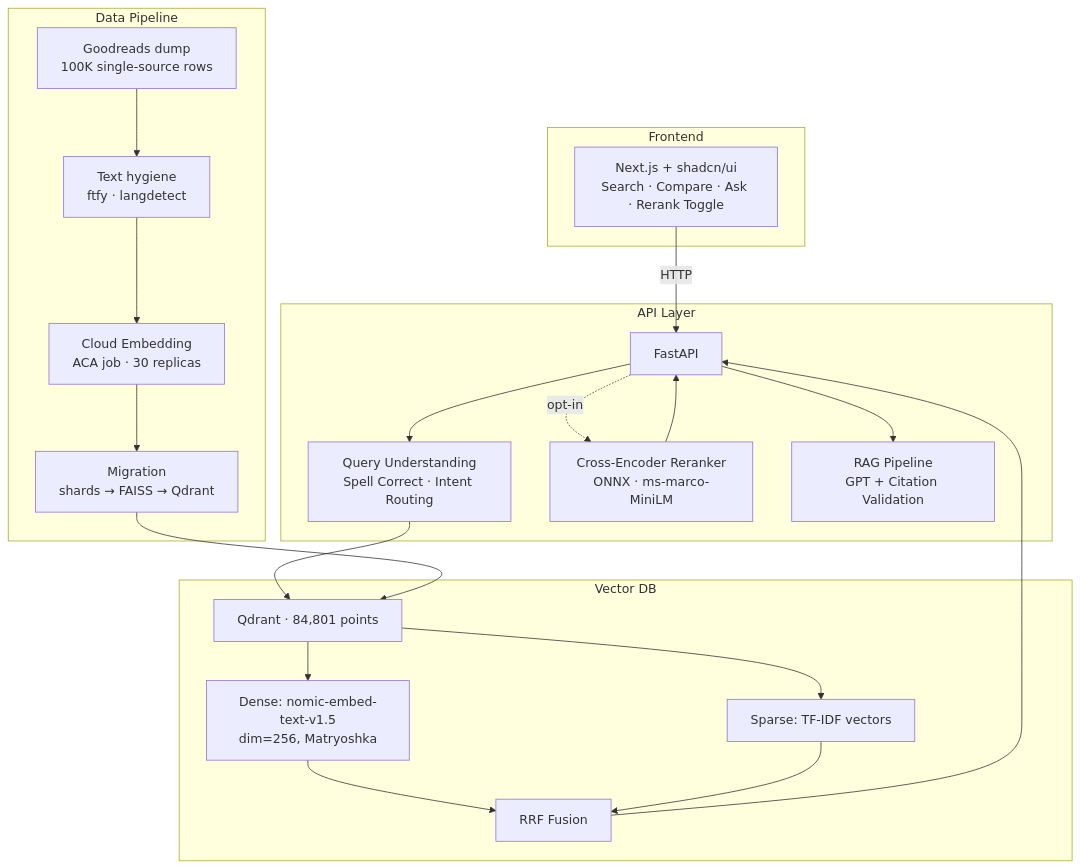
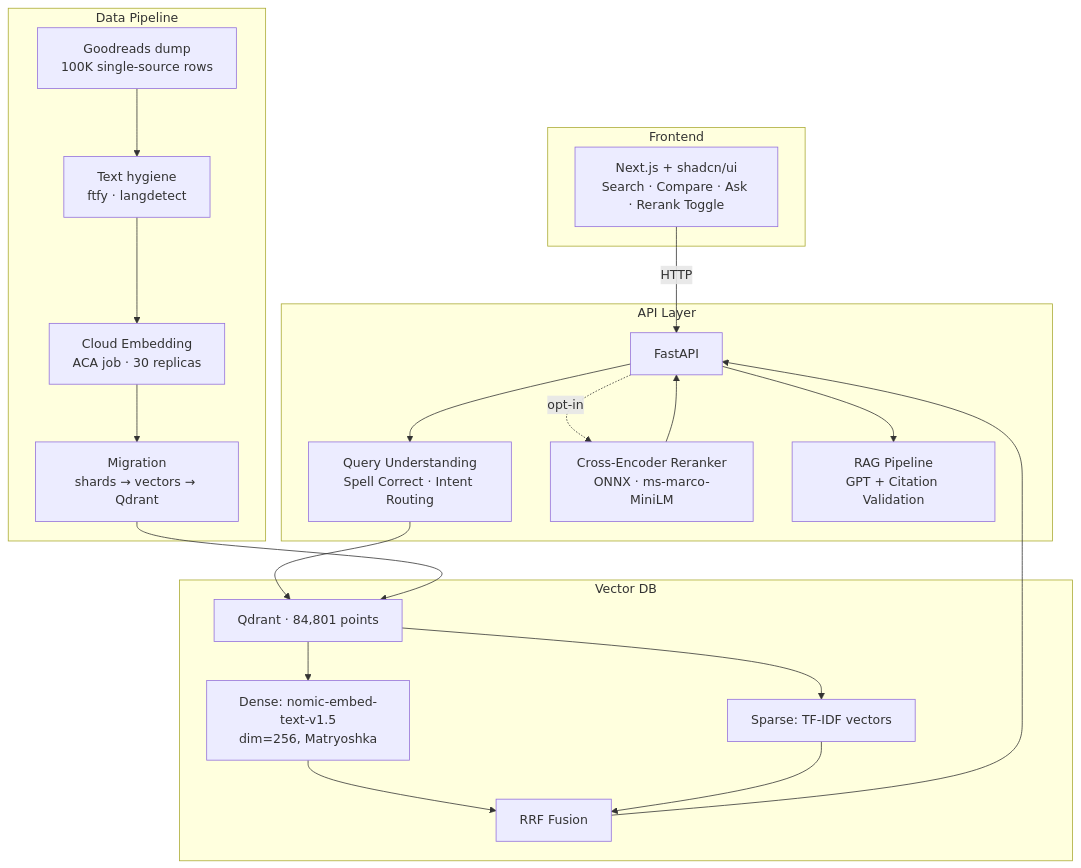
Before and after one commit to TruaShamu/ai-search: the first of 4 diagrams in README.md, drawn with Mermaid. The commit also changed other lines of this file and 4 other files, not shown here.

````diff
--- a/README.md
+++ b/README.md
@@ -15,36 +15,36 @@
 ```mermaid
 graph TD
     subgraph Frontend
         UI[Next.js + shadcn/ui<br/>Search · Compare · Ask · Rerank Toggle]
     end
 
     subgraph API Layer
         FP[FastAPI]
         QU[Query Understanding<br/>Spell Correct · Intent Routing]
         RR[Cross-Encoder Reranker<br/>ONNX · ms-marco-MiniLM]
         RAG[RAG Pipeline<br/>GPT + Citation Validation]
     end
 
     subgraph Vector DB
         QD[Qdrant · 84,801 points]
         DV[Dense: nomic-embed-text-v1.5<br/>dim=256, Matryoshka]
         SV[Sparse: TF-IDF vectors]
         RRF[RRF Fusion]
     end
 
     subgraph Data Pipeline
         GR[Goodreads dump<br/>100K single-source rows]
         HY[Text hygiene<br/>ftfy · langdetect]
         EMB[Cloud Embedding<br/>ACA job · 30 replicas]
-        MIG[Migration<br/>shards → FAISS → Qdrant]
+        MIG[Migration<br/>shards → vectors → Qdrant]
     end
 
     UI -->|HTTP| FP
     FP --> QU --> QD
     QD --> DV & SV
     DV & SV --> RRF --> FP
     FP -.->|opt-in| RR --> FP
     FP --> RAG
 
     GR --> HY --> EMB --> MIG --> QD
 ```
````
